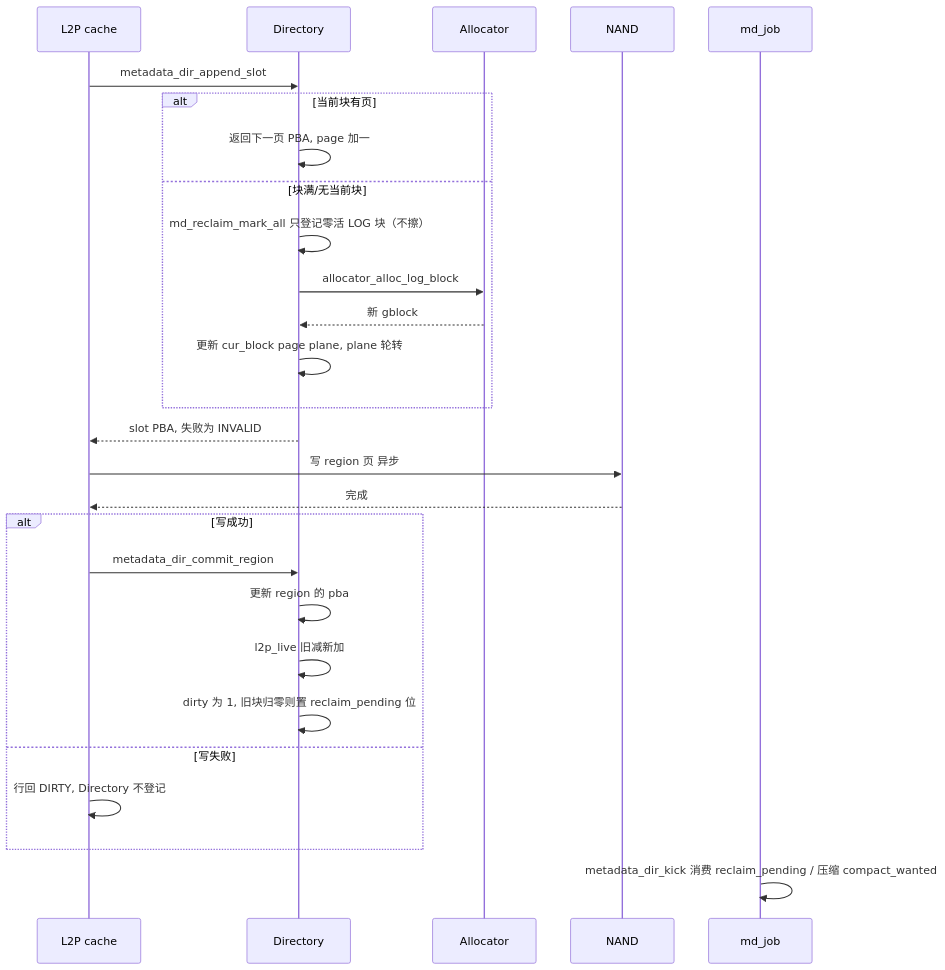
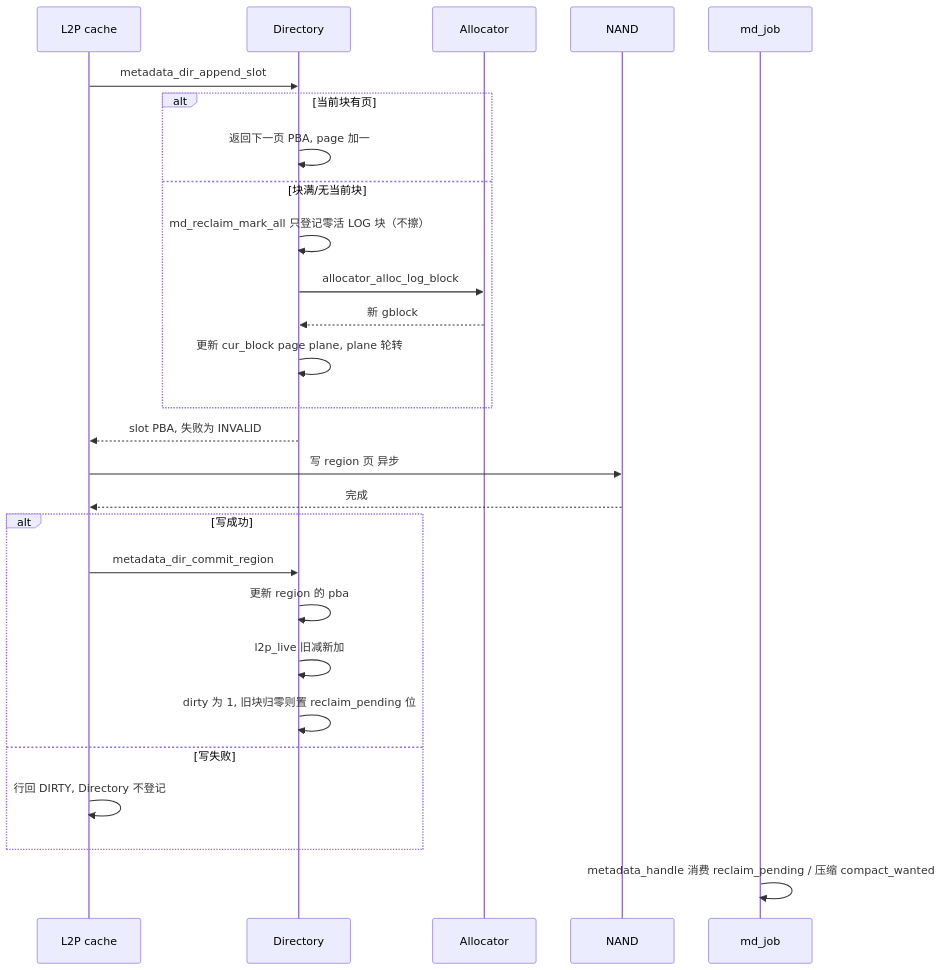
One commit to YzYMIAO/BASESSD changed diagram 11 of 32 in docs/design/ftl_design.md. Above: the diagram before and after it, drawn with Mermaid. The commit also changed other lines of this file and 46 other files, not shown here.

````diff
--- a/docs/design/ftl_design.md
+++ b/docs/design/ftl_design.md
@@ -1744,30 +1744,30 @@
 ```mermaid
 sequenceDiagram
     participant C as L2P cache
     participant D as Directory
     participant A as Allocator
     participant N as NAND
     participant J as md_job
 
     C->>D: metadata_dir_append_slot
     alt 当前块有页
         D->>D: 返回下一页 PBA, page 加一
     else 块满/无当前块
         D->>D: md_reclaim_mark_all 只登记零活 LOG 块（不擦）
         D->>A: allocator_alloc_log_block
         A-->>D: 新 gblock
         D->>D: 更新 cur_block page plane, plane 轮转
     end
     D-->>C: slot PBA, 失败为 INVALID
     C->>N: 写 region 页 异步
     N-->>C: 完成
     alt 写成功
         C->>D: metadata_dir_commit_region
         D->>D: 更新 region 的 pba
         D->>D: l2p_live 旧减新加
         D->>D: dirty 为 1, 旧块归零则置 reclaim_pending 位
     else 写失败
         C->>C: 行回 DIRTY, Directory 不登记
     end
-    J->>J: metadata_dir_kick 消费 reclaim_pending / 压缩 compact_wanted
+    J->>J: metadata_handle 消费 reclaim_pending / 压缩 compact_wanted
 ```
````
